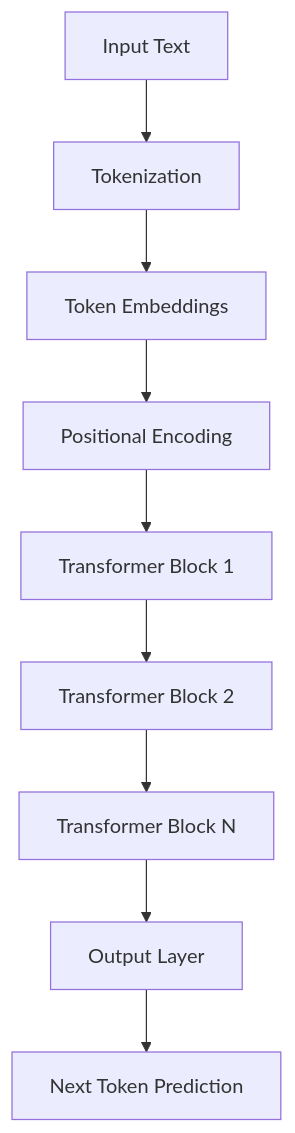
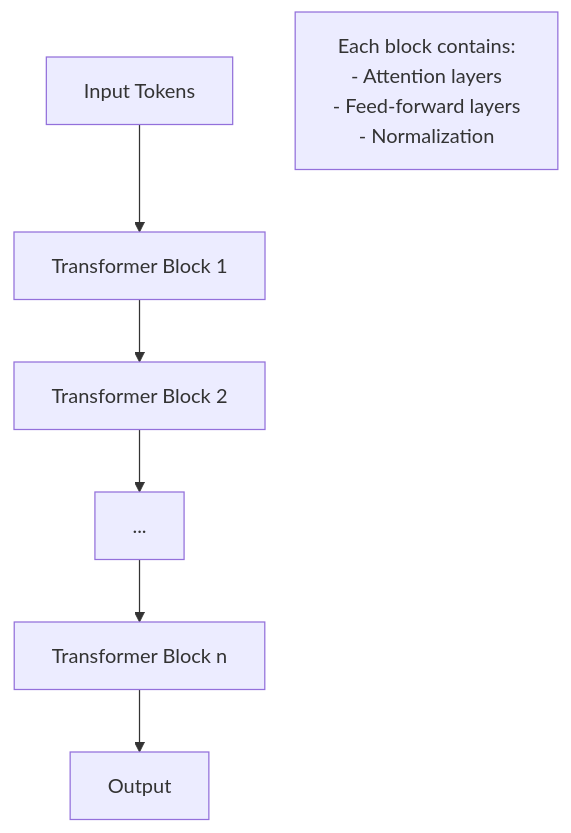
The seventh of 18 diagrams in project_1/lecture-notes.md (rkdnc9/ai-eng-projects-2), drawn with Mermaid before and after one commit. The commit also changed other lines of this file and 1 other file, not shown here.

````diff
--- a/project_1/lecture-notes.md
+++ b/project_1/lecture-notes.md
@@ -255,11 +513,10 @@
 ```mermaid
 graph TD
-    A[Input Text] --> B[Tokenization]
-    B --> C[Token Embeddings]
-    C --> D[Positional Encoding]
-    D --> E[Transformer Block 1]
-    E --> F[Transformer Block 2]
-    F --> G[Transformer Block N]
-    G --> H[Output Layer]
-    H --> I[Next Token Prediction]
+    A[Input Tokens] --> B[Transformer Block 1]
+    B --> C[Transformer Block 2]
+    C --> D[...]
+    D --> E[Transformer Block n]
+    E --> F[Output]
+
+    G[Each block contains:<br/>- Attention layers<br/>- Feed-forward layers<br/>- Normalization]
 ```
````
